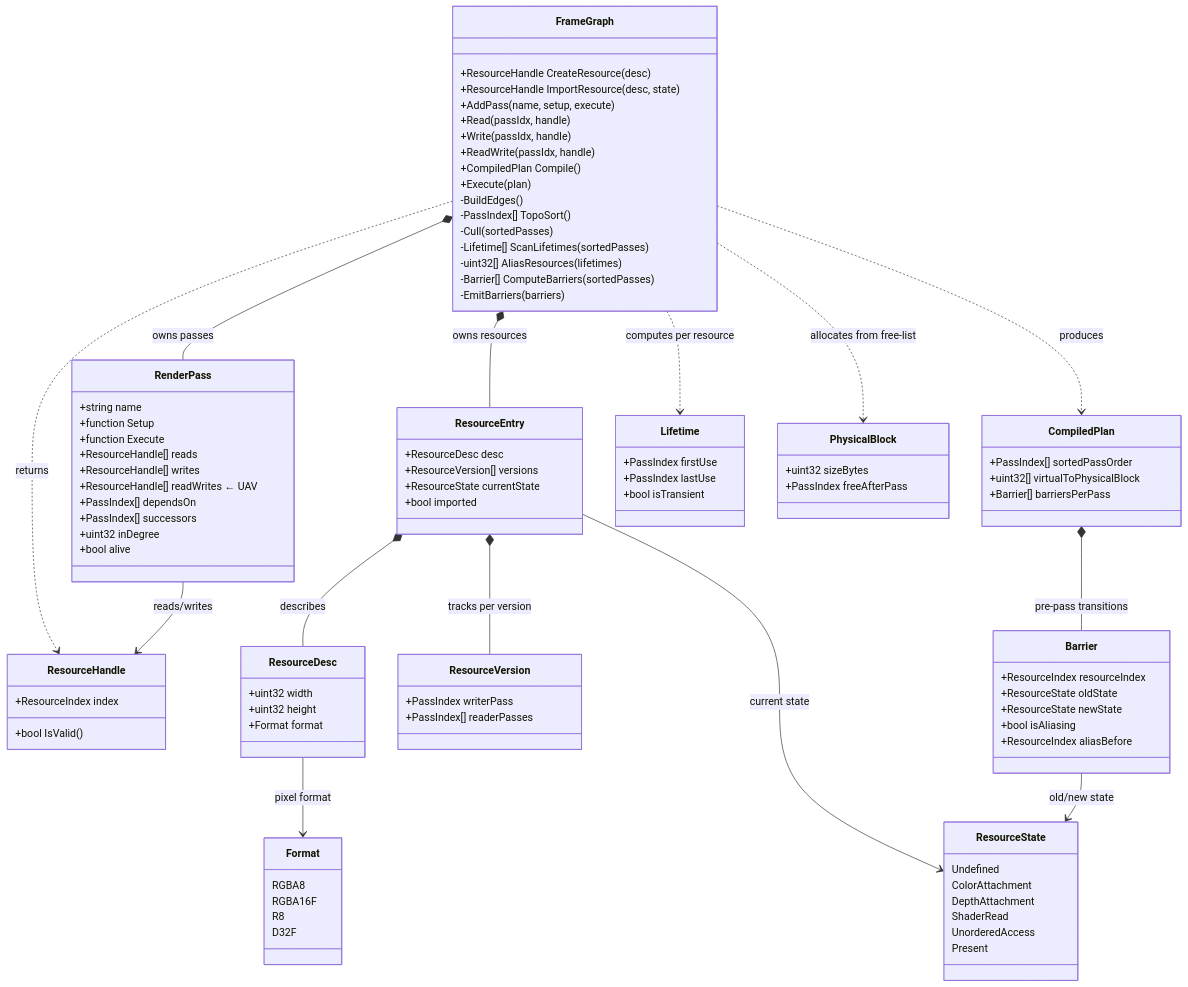
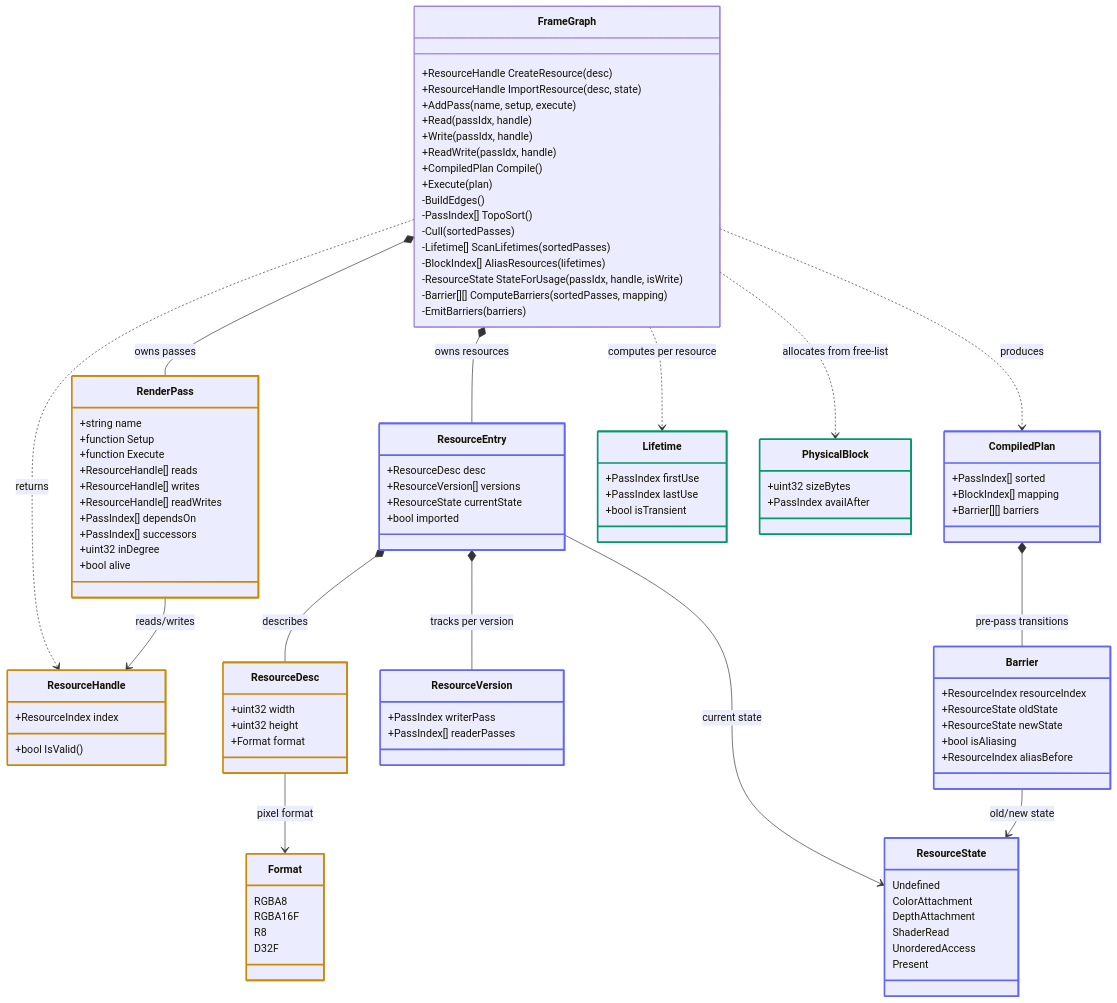
One commit to stoleckipawel/DeepSpark changed the diagram in content/posts/frame-graph-build-it/index.md. Above: the diagram before and after it, drawn with Mermaid. The commit also changed other lines of this file and 8 other files, not shown here.

Commit message:
diagram coloring

```diff
--- a/content/posts/frame-graph-build-it/index.md
+++ b/content/posts/frame-graph-build-it/index.md
@@ -110,6 +115,7 @@
 {{< mermaid >}}
 classDiagram
 direction TB
+
 class FrameGraph{
   +ResourceHandle CreateResource(desc)
   +ResourceHandle ImportResource(desc, state)
@@ -123,9 +129,25 @@
   -PassIndex[] TopoSort()
   -Cull(sortedPasses)
   -Lifetime[] ScanLifetimes(sortedPasses)
-  -uint32[] AliasResources(lifetimes)
-  -Barrier[] ComputeBarriers(sortedPasses)
+  -BlockIndex[] AliasResources(lifetimes)
+  -ResourceState StateForUsage(passIdx, handle, isWrite)
+  -Barrier[][] ComputeBarriers(sortedPasses, mapping)
   -EmitBarriers(barriers)
+}
+class ResourceHandle{
+  +ResourceIndex index
+  +bool IsValid()
+}
+class ResourceDesc{
+  +uint32 width
+  +uint32 height
+  +Format format
+}
+class Format{
+  RGBA8
+  RGBA16F
+  R8
+  D32F
 }
 class RenderPass{
   +string name
@@ -133,7 +155,7 @@
   +function Execute
   +ResourceHandle[] reads
   +ResourceHandle[] writes
-  +ResourceHandle[] readWrites ← UAV
+  +ResourceHandle[] readWrites
   +PassIndex[] dependsOn
   +PassIndex[] successors
   +uint32 inDegree
@@ -145,23 +167,22 @@
   +ResourceState currentState
   +bool imported
 }
-class ResourceHandle{
-  +ResourceIndex index
-  +bool IsValid()
-}
-class ResourceDesc{
-  +uint32 width
-  +uint32 height
-  +Format format
-}
 class ResourceVersion{
   +PassIndex writerPass
   +PassIndex[] readerPasses
 }
+class ResourceState{
+  Undefined
+  ColorAttachment
+  DepthAttachment
+  ShaderRead
+  UnorderedAccess
+  Present
+}
 class CompiledPlan{
-  +PassIndex[] sortedPassOrder
-  +uint32[] virtualToPhysicalBlock
-  +Barrier[] barriersPerPass
+  +PassIndex[] sorted
+  +BlockIndex[] mapping
+  +Barrier[][] barriers
 }
 class Barrier{
   +ResourceIndex resourceIndex
@@ -177,21 +198,7 @@
 }
 class PhysicalBlock{
   +uint32 sizeBytes
-  +PassIndex freeAfterPass
-}
-class Format{
-  RGBA8
-  RGBA16F
-  R8
-  D32F
-}
-class ResourceState{
-  Undefined
-  ColorAttachment
-  DepthAttachment
-  ShaderRead
-  UnorderedAccess
-  Present
+  +PassIndex availAfter
 }
 FrameGraph *-- RenderPass : owns passes
 FrameGraph *-- ResourceEntry : owns resources
@@ -206,4 +213,16 @@
 ResourceDesc --> Format : pixel format
 CompiledPlan *-- Barrier : pre-pass transitions
 Barrier --> ResourceState : old/new state
+
+style ResourceHandle stroke:#ca8a04,stroke-width:2.5px
+style ResourceDesc stroke:#ca8a04,stroke-width:2.5px
+style Format stroke:#ca8a04,stroke-width:2.5px
+style RenderPass stroke:#ca8a04,stroke-width:2.5px
+style ResourceEntry stroke:#6366f1,stroke-width:2.5px
+style ResourceVersion stroke:#6366f1,stroke-width:2.5px
+style ResourceState stroke:#6366f1,stroke-width:2.5px
+style Barrier stroke:#6366f1,stroke-width:2.5px
+style CompiledPlan stroke:#6366f1,stroke-width:2.5px
+style Lifetime stroke:#059669,stroke-width:2.5px
+style PhysicalBlock stroke:#059669,stroke-width:2.5px
 {{< /mermaid >}}
```
